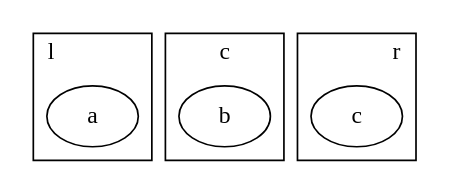
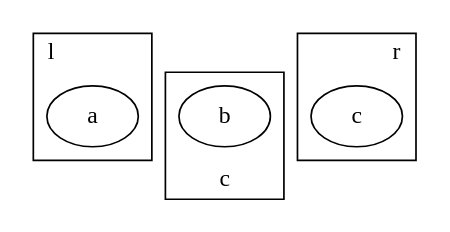
Diagram 12 of 12 in other/graphviz/tips.md (sisyphus1212/note), drawn with Graphviz before and after one commit.

Commit message:
auto_update

````diff
--- a/other/graphviz/tips.md
+++ b/other/graphviz/tips.md
@@ -237,20 +237,20 @@
 ```graphviz
 digraph {
   subgraph cluster_l {
     label="l"
     labeljust=l
     a
   }
   subgraph cluster_c {
     label="c"
     labeljust=c
-    labelloc=t
+    labelloc=b
     b
   }
   subgraph cluster_r {
     label="r"
     labeljust=r
     c
   }
 }
 ```
````
